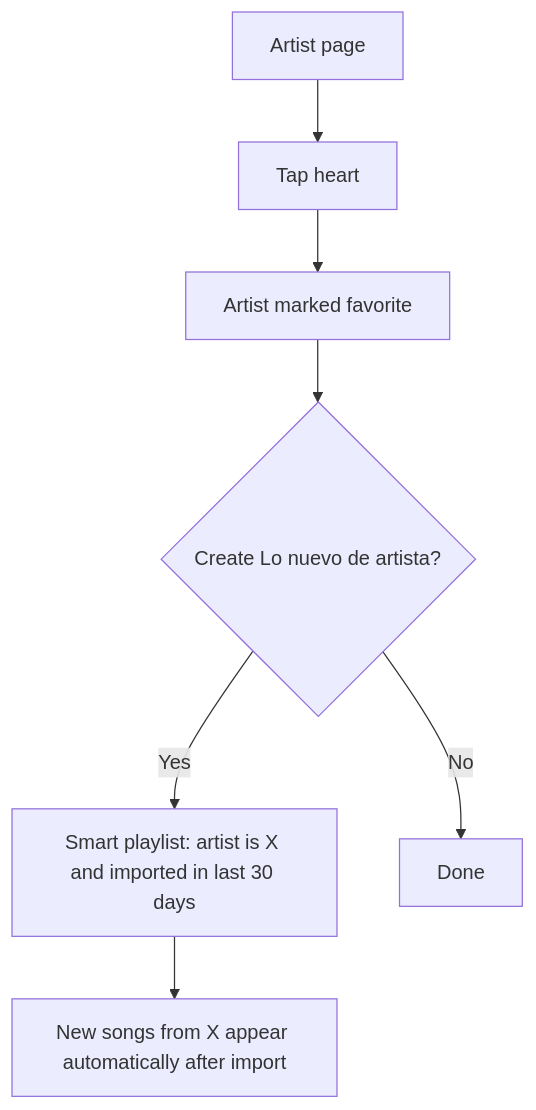
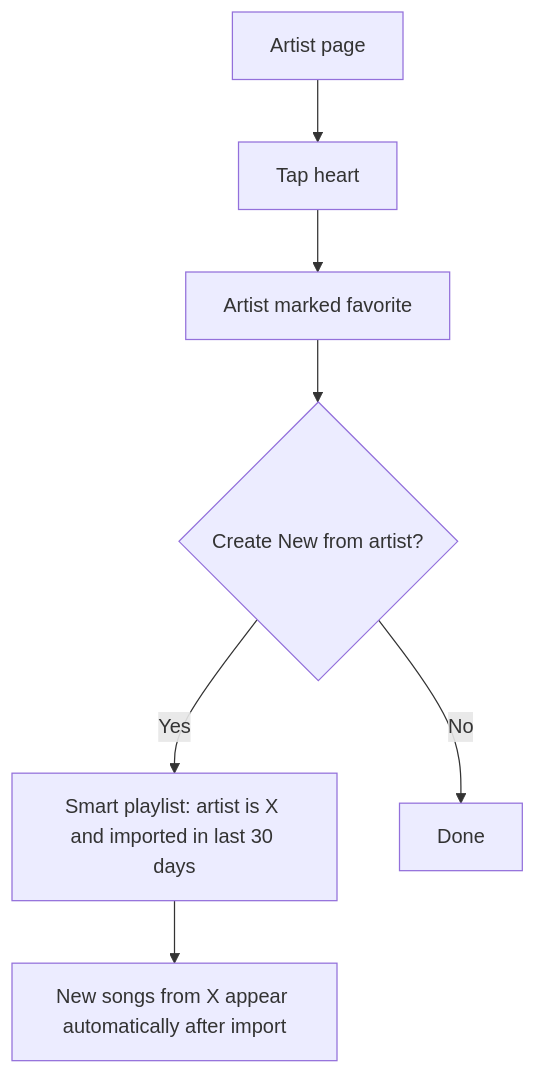
Before and after one commit to sabrinasalomon/CoryMusic: the seventh of 8 diagrams in docs/USER_FLOWS.md, drawn with Mermaid. The commit also changed other lines of this file and 20 other files, not shown here.

````diff
--- a/docs/USER_FLOWS.md
+++ b/docs/USER_FLOWS.md
@@ -113,9 +143,9 @@
 ```mermaid
 flowchart TD
     A[Artist page] --> B[Tap heart]
     B --> C[Artist marked favorite]
-    C --> D{Create Lo nuevo de artista?}
+    C --> D{Create New from artist?}
     D -- Yes --> E[Smart playlist: artist is X and imported in last 30 days]
     D -- No --> F[Done]
     E --> G[New songs from X appear automatically after import]
 ```
````
